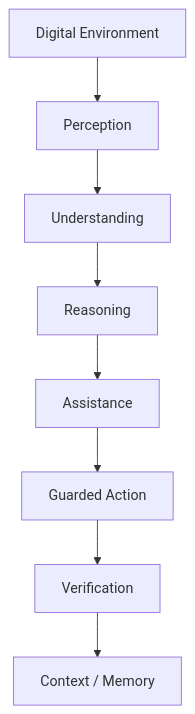
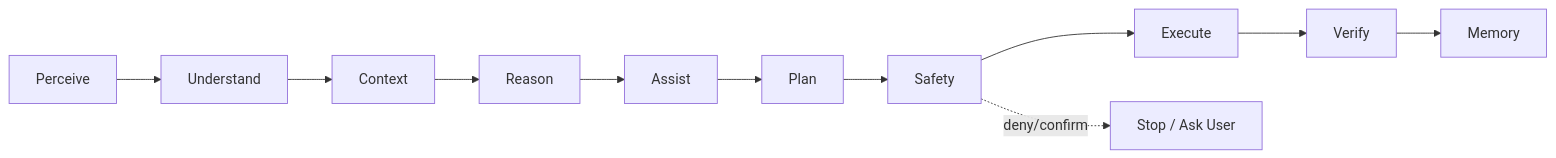
The diagram in PHASE/README.md (Ratandeep-purohit/OmniSense-AI), drawn with Mermaid before and after one commit. The commit also changed other lines of this file, not shown here.

````diff
--- a/PHASE/README.md
+++ b/PHASE/README.md
@@ -14,10 +9,5 @@
 ```mermaid
-flowchart TB
-S[Digital Environment] --> P[Perception]
-P --> U[Understanding]
-U --> R[Reasoning]
-R --> A[Assistance]
-A --> G[Guarded Action]
-G --> V[Verification]
-V --> C[Context / Memory]
+flowchart LR
+P[Perceive] --> U[Understand] --> C[Context] --> R[Reason] --> A[Assist] --> PL[Plan] --> S[Safety] --> X[Execute] --> V[Verify] --> M[Memory]
+S -. deny/confirm .-> STOP[Stop / Ask User]
 ```
````
